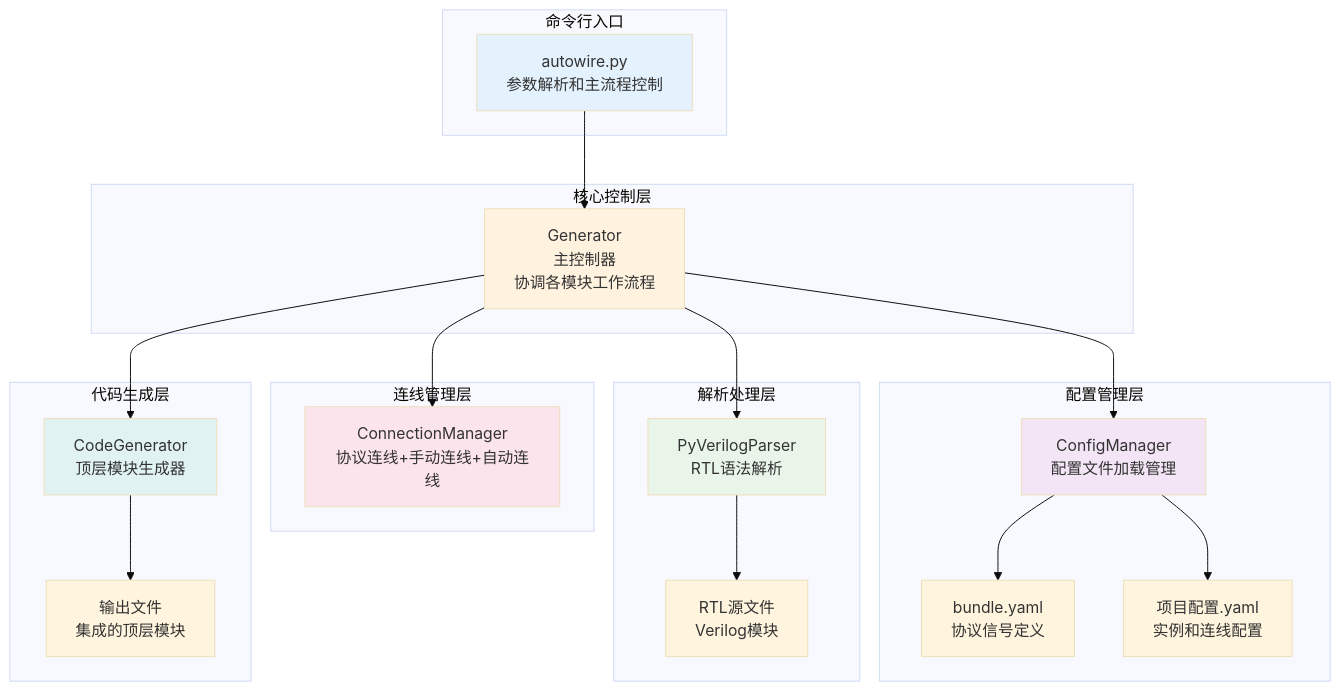
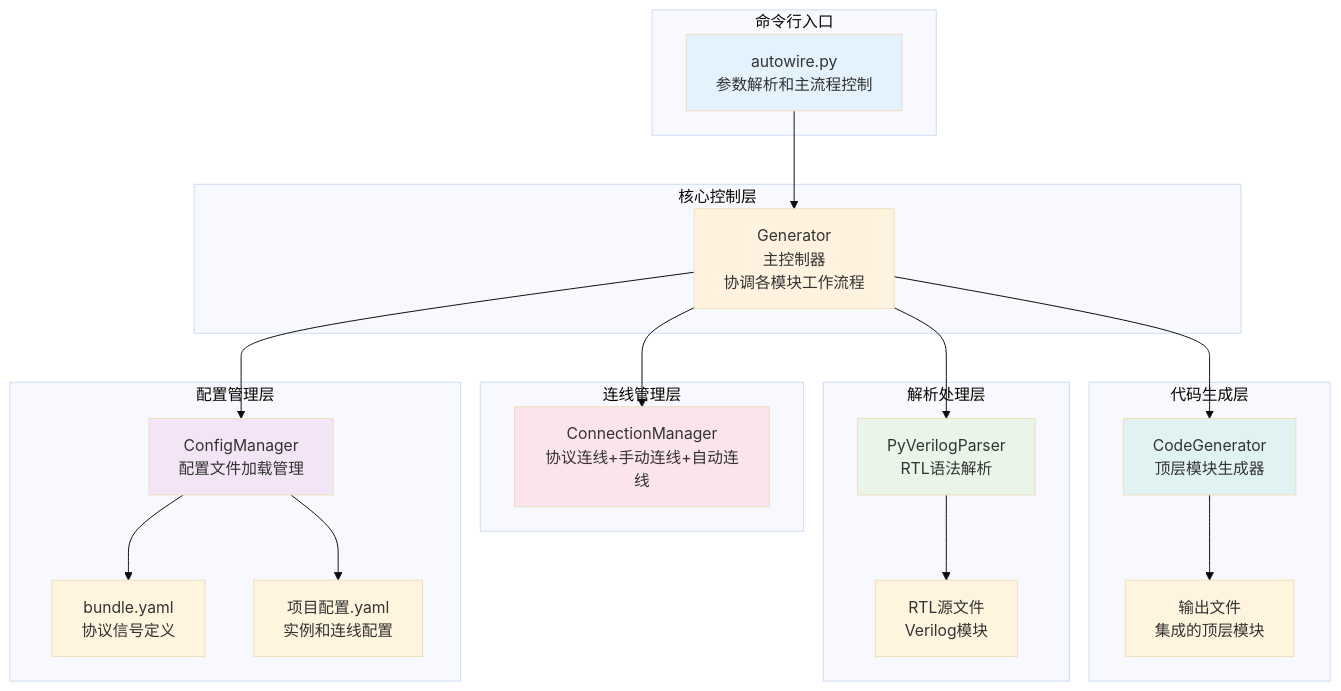
The diagram in README.md (czz-zzc/autowire), drawn with Mermaid (base theme) before and after one commit. The commit also changed other lines of this file and 4 other files, not shown here.

````diff
--- a/README.md
+++ b/README.md
@@ -9,48 +9,48 @@
 ```mermaid
 graph TB
     subgraph "命令行入口"
         A[autowire.py<br/>参数解析和主流程控制]
     end
     
     subgraph "核心控制层"
         B[Generator<br/>主控制器<br/>协调各模块工作流程]
     end
     
-    subgraph "配置管理层"  
-        C[ConfigManager<br/>配置文件加载管理]
-        D[bundle.yaml<br/>协议信号定义]
-        E[项目配置.yaml<br/>实例和连线配置]
+    subgraph "代码生成层"
+        I[CodeGenerator<br/>顶层模块生成器]
+        J[输出文件<br/>集成的顶层模块]
+    end
+    
+    subgraph "连线管理层"
+        H[ConnectionManager<br/>协议连线+手动连线+自动连线]
     end
     
     subgraph "解析处理层"
         F[PyVerilogParser<br/>RTL语法解析]
         G[RTL源文件<br/>Verilog模块]
     end
     
-    subgraph "连线管理层"
-        H[ConnectionManager<br/>协议连线+手动连线+自动连线]
-    end
-    
-    subgraph "代码生成层"
-        I[CodeGenerator<br/>顶层模块生成器]
-        J[输出文件<br/>集成的顶层模块]
+    subgraph "配置管理层"  
+        C[ConfigManager<br/>配置文件加载管理]
+        D[bundle.yaml<br/>协议信号定义]
+        E[项目配置.yaml<br/>实例和连线配置]
     end
     
     A --> B
+    B --> I
+    B --> H
+    B --> F  
     B --> C
-    B --> F  
-    B --> H
-    B --> I
     
     C --> D
     C --> E
     F --> G
     I --> J
     
     style A fill:#e3f2fd
     style B fill:#fff3e0
     style C fill:#f3e5f5
     style F fill:#e8f5e8
     style H fill:#fce4ec
     style I fill:#e0f2f1
 ```
````
